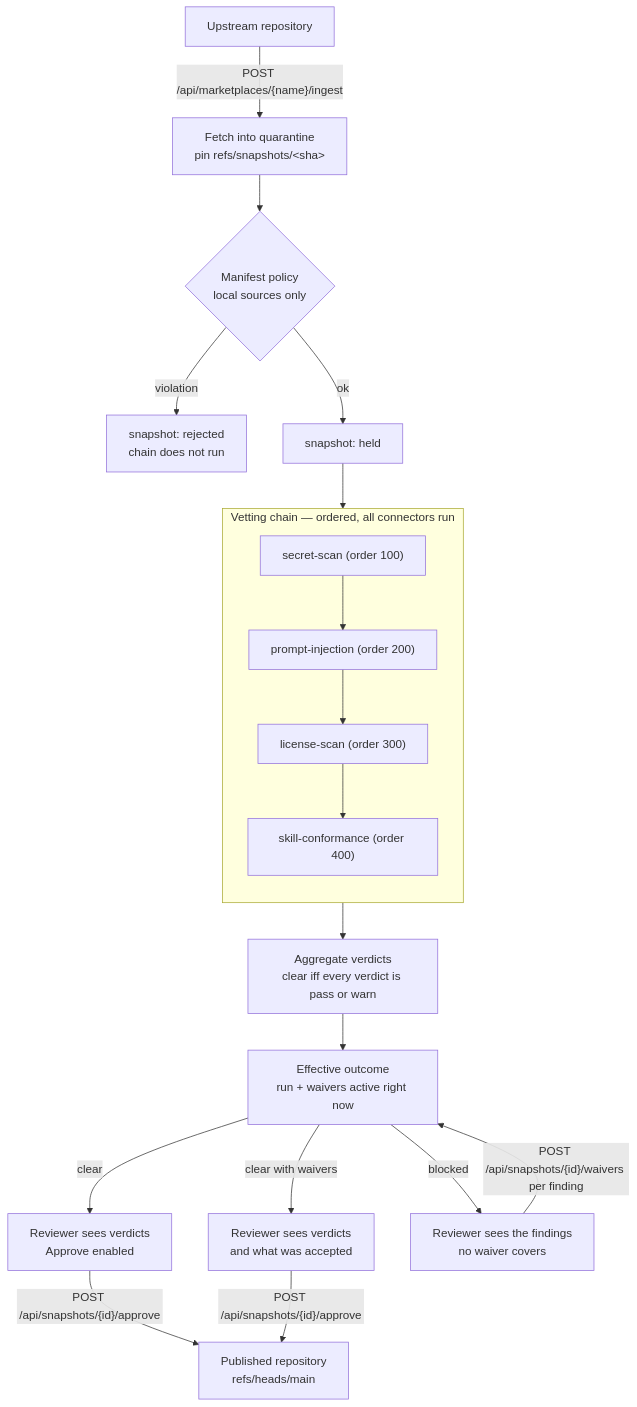
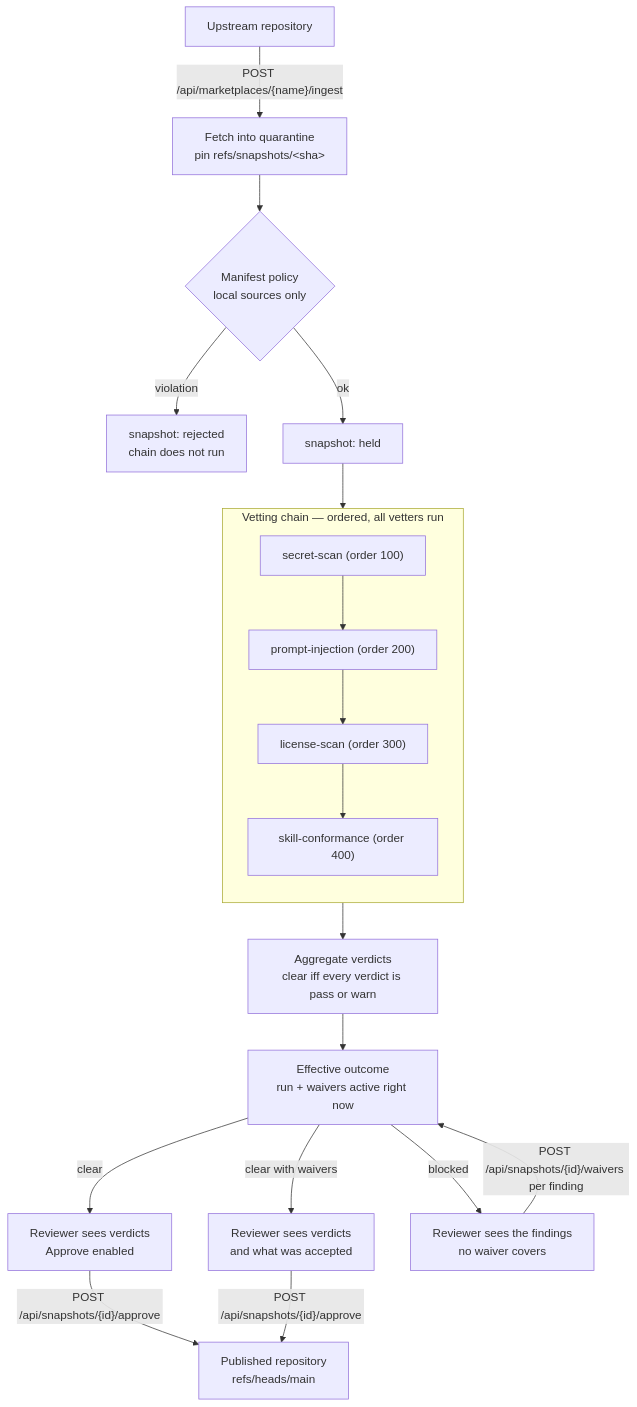
The diagram in docs/manual/concepts/vetting.md (skillsgateway/skillsgateway), drawn with Mermaid before and after one commit. The commit also changed other lines of this file and 125 other files, not shown here.

First line of the commit message:
refactor(vetting)!: the chain element is a vetter; connector means the external transport (#385)

````diff
--- a/docs/manual/concepts/vetting.md
+++ b/docs/manual/concepts/vetting.md
@@ -16,22 +16,22 @@
 ```mermaid
 flowchart TD
     U["Upstream repository"] -->|"POST /api/marketplaces/{name}/ingest"| F["Fetch into quarantine<br/>pin refs/snapshots/&lt;sha&gt;"]
     F --> M{"Manifest policy<br/>local sources only"}
     M -->|violation| R["snapshot: rejected<br/>chain does not run"]
     M -->|ok| H["snapshot: held"]
     H --> C["Vetting chain"]
 
-    subgraph C["Vetting chain — ordered, all connectors run"]
+    subgraph C["Vetting chain — ordered, all vetters run"]
         direction TB
         C1["secret-scan (order 100)"] --> C2["prompt-injection (order 200)"] --> C3["license-scan (order 300)"] --> C4["skill-conformance (order 400)"]
     end
 
     C --> A["Aggregate verdicts<br/>clear iff every verdict is pass or warn"]
     A --> E["Effective outcome<br/>run + waivers active right now"]
     E -->|clear| RV["Reviewer sees verdicts<br/>Approve enabled"]
     E -->|clear with waivers| RW["Reviewer sees verdicts<br/>and what was accepted"]
     E -->|blocked| RB["Reviewer sees the findings<br/>no waiver covers"]
     RV -->|"POST /api/snapshots/{id}/approve"| P["Published repository<br/>refs/heads/main"]
     RW -->|"POST /api/snapshots/{id}/approve"| P
     RB -->|"POST /api/snapshots/{id}/waivers per finding"| E
 ```
````
